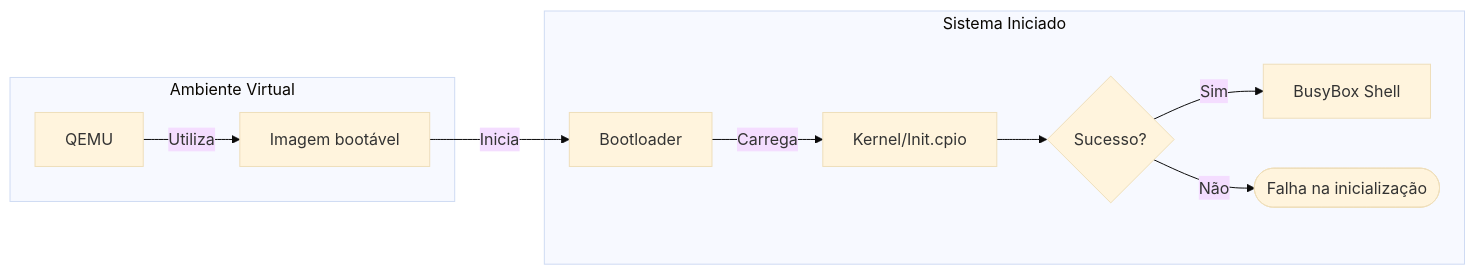
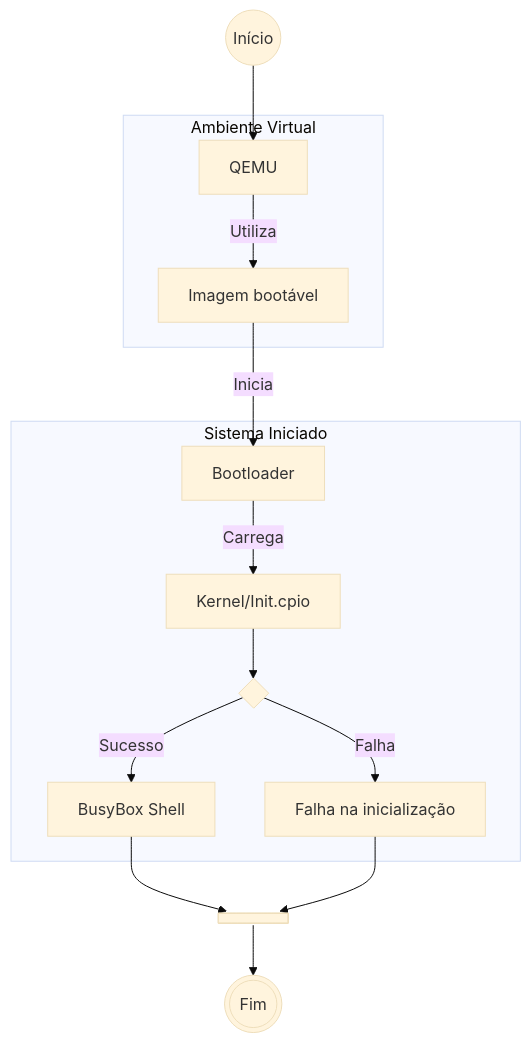
One commit to FelpzzzEX/LecOS changed the second of 2 diagrams in Primeiros_Passos/base-inicial.md. Above: the diagram before and after it, drawn with Mermaid (base theme). The commit also changed other lines of this file and 4 other files, not shown here.

````diff
--- a/Primeiros_Passos/base-inicial.md
+++ b/Primeiros_Passos/base-inicial.md
@@ -50,15 +65,21 @@
 ```mermaid
-flowchart LR
+flowchart TD
+  O@{ shape: circle, label: "Início" }
+  O-->A
   subgraph virtAmb["Ambiente Virtual"]
     A["QEMU"] -->|Utiliza| B["Imagem bootável"]
   end
 
   subgraph sistema["Sistema Iniciado"]
     B -->|Inicia| C["Bootloader"]
     C -->|Carrega| D["Kernel/Init.cpio"]
-    E{"Sucesso?"}
+    E@{ shape: diamond, label: " " }
     D-->E
-    E -->|Sim| G["BusyBox Shell"]
-    E -->|Não| H([Falha na inicialização])
+    E -->|Sucesso| G["BusyBox Shell"]
+    E -->|Falha| H[Falha na inicialização]
   end
+  I@{ shape: fork, label: "Join" }
+  G-->I
+  H-->I
+  I-->J@{ shape: dbl-circ, label: "Fim"}
 ```
````
